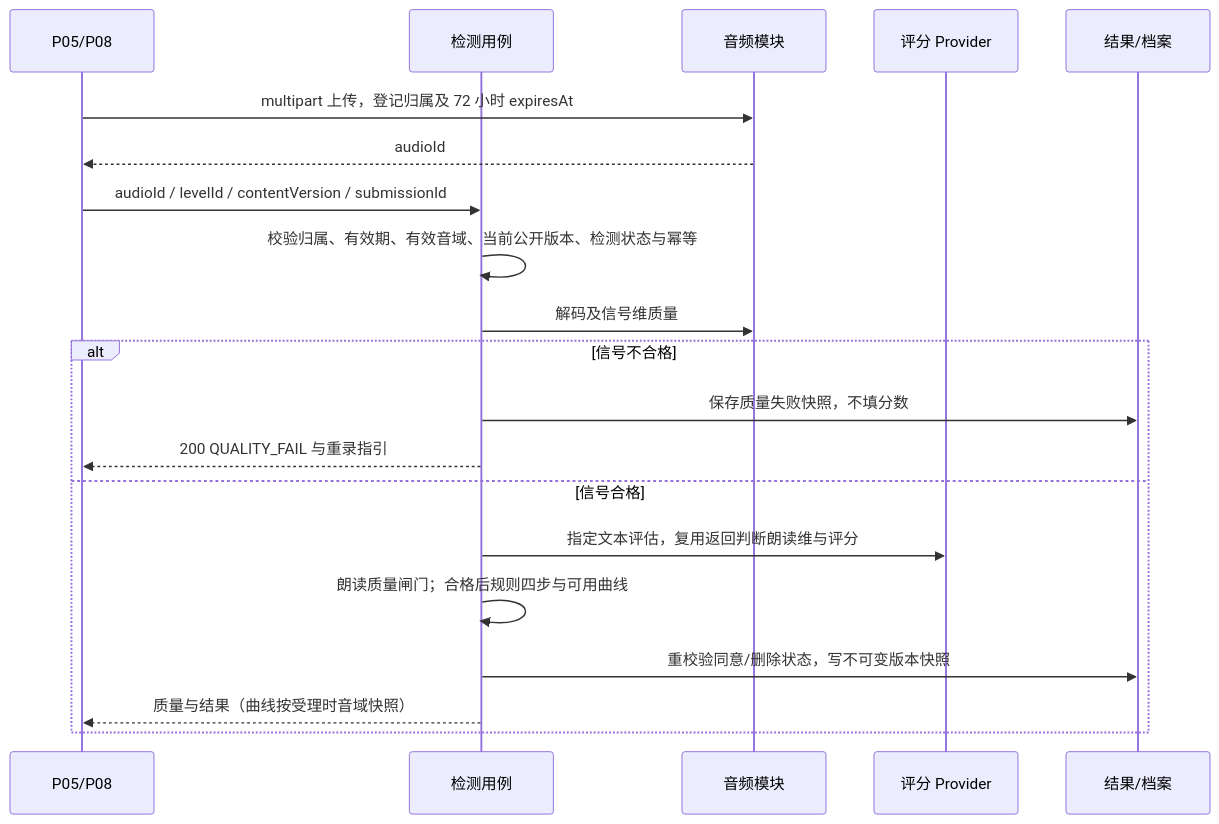
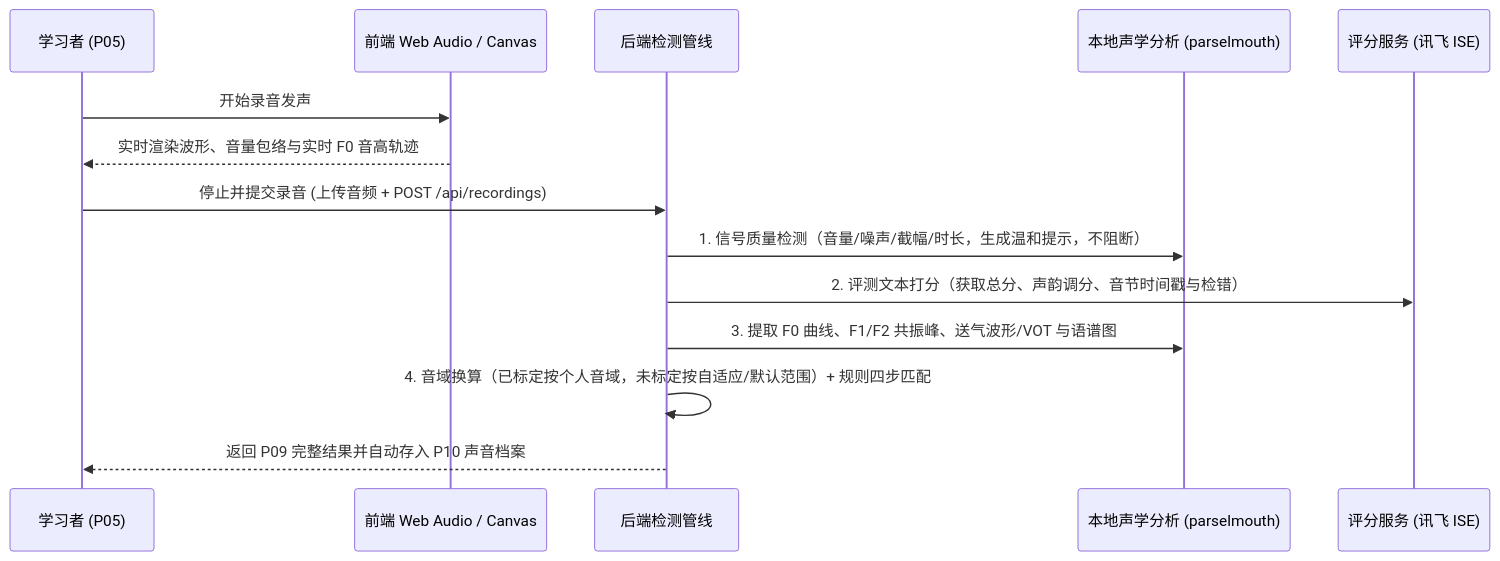
Before and after one commit to teke123/sound-visualizer-learning-: the second of 2 diagrams in docs/architecture/02-目标架构.md, drawn with Mermaid. The commit also changed other lines of this file and 16 other files, not shown here.

````diff
--- a/docs/architecture/02-目标架构.md
+++ b/docs/architecture/02-目标架构.md
@@ -68,22 +51,17 @@
 ```mermaid
 sequenceDiagram
-    participant UI as P05/P08
-    participant API as 检测用例
-    participant Audio as 音频模块
-    participant Provider as 评分 Provider
-    participant Store as 结果/档案
-    UI->>Audio: multipart 上传，登记归属及 72 小时 expiresAt
-    Audio-->>UI: audioId
-    UI->>API: audioId / levelId / contentVersion / submissionId
-    API->>API: 校验归属、有效期、有效音域、当前公开版本、检测状态与幂等
-    API->>Audio: 解码及信号维质量
-    alt 信号不合格
-        API->>Store: 保存质量失败快照，不填分数
-        API-->>UI: 200 QUALITY_FAIL 与重录指引
-    else 信号合格
-        API->>Provider: 指定文本评估，复用返回判断朗读维与评分
-        API->>API: 朗读质量闸门；合格后规则四步与可用曲线
-        API->>Store: 重校验同意/删除状态，写不可变版本快照
-        API-->>UI: 质量与结果（曲线按受理时音域快照）
-    end
+    participant User as 学习者 (P05)
+    participant WebAudio as 前端 Web Audio / Canvas
+    participant API as 后端检测管线
+    participant Praat as 本地声学分析 (parselmouth)
+    participant Provider as 评分服务 (讯飞 ISE)
+
+    User->>WebAudio: 开始录音发声
+    WebAudio-->>User: 实时渲染波形、音量包络与实时 F0 音高轨迹
+    User->>API: 停止并提交录音 (上传音频 + POST /api/recordings)
+    API->>Praat: 1. 信号质量检测（音量/噪声/截幅/时长，生成温和提示，不阻断）
+    API->>Provider: 2. 评测文本打分（获取总分、声韵调分、音节时间戳与检错）
+    API->>Praat: 3. 提取 F0 曲线、F1/F2 共振峰、送气波形/VOT 与语谱图
+    API->>API: 4. 音域换算（已标定按个人音域，未标定按自适应/默认范围）+ 规则四步匹配
+    API-->>User: 返回 P09 完整结果并自动存入 P10 声音档案
 ```
````
